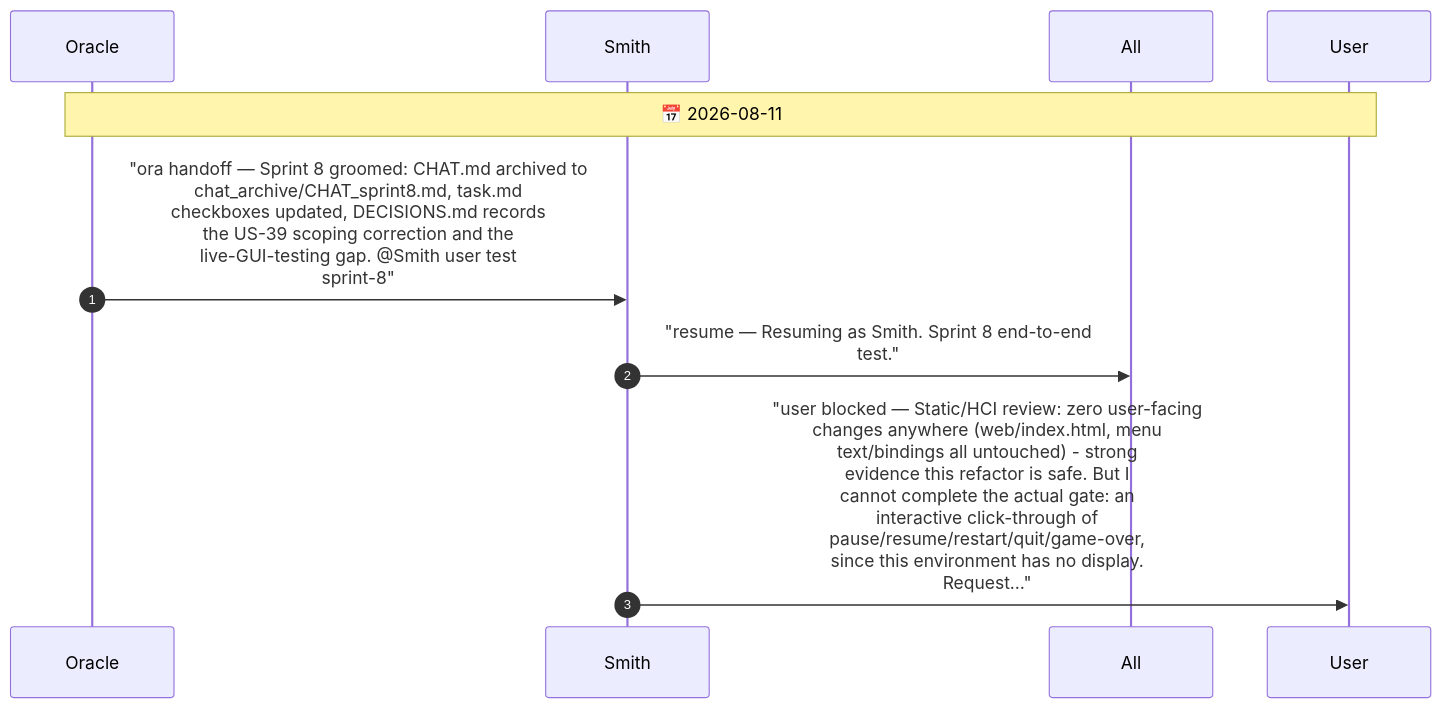
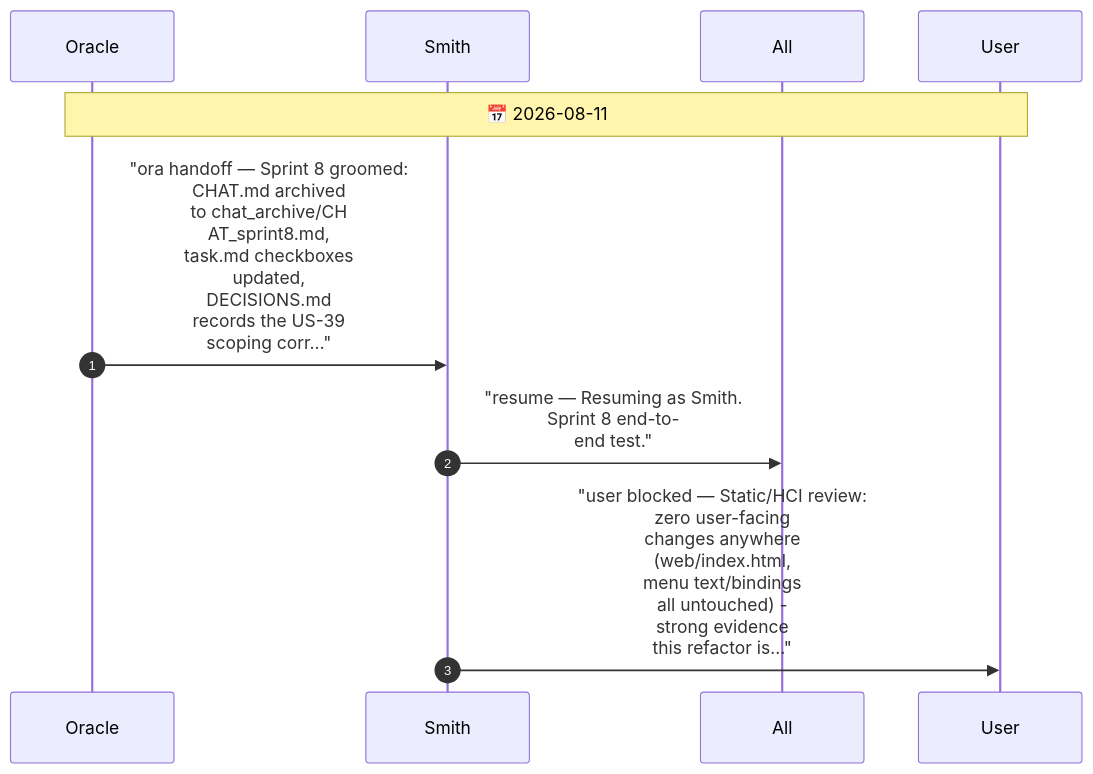
One commit to drusifer/Sirtet changed the diagram in agents/CHAT.diagram.md. Above: the diagram before and after it, drawn with Mermaid. The commit also changed 4 other files, not shown here.

First line of the commit message:
docs: regenerate diagrams with narrow-column wrapping + bigger font

````diff
--- a/agents/CHAT.diagram.md
+++ b/agents/CHAT.diagram.md
@@ -5,12 +5,13 @@
 ```mermaid
+%%{init: {"themeVariables": {"fontSize": "20px"}}}%%
 sequenceDiagram
     autonumber
     participant Oracle
     participant Smith
     participant All
     participant User
     Note over Oracle,User: 📅 2026-08-11
-    Oracle->>Smith: "ora handoff — Sprint 8 groomed: CHAT.md archived to<br/>chat_archive/CHAT_sprint8.md, task.md<br/>checkboxes updated, DECISIONS.md records<br/>the US-39 scoping correction and the<br/>live-GUI-testing gap. @Smith user test<br/>sprint-8"
-    Smith->>All: "resume — Resuming as Smith. Sprint 8 end-to-end<br/>test."
-    Smith->>User: "user blocked — Static/HCI review: zero user-facing<br/>changes anywhere (web/index.html, menu<br/>text/bindings all untouched) - strong<br/>evidence this refactor is safe. But I<br/>cannot complete the actual gate: an<br/>interactive click-through of<br/>pause/resume/restart/quit/game-over,<br/>since this environment has no display.<br/>Request…"
+    Oracle->>Smith: "ora handoff — Sprint 8 groomed:<br/>CHAT.md archived<br/>to chat_archive/CH<br/>AT_sprint8.md,<br/>task.md checkboxes<br/>updated,<br/>DECISIONS.md<br/>records the US-39<br/>scoping corr…"
+    Smith->>All: "resume — Resuming as Smith.<br/>Sprint 8 end-to-<br/>end test."
+    Smith->>User: "user blocked — Static/HCI review:<br/>zero user-facing<br/>changes anywhere<br/>(web/index.html,<br/>menu text/bindings<br/>all untouched) -<br/>strong evidence<br/>this refactor is…"
 ```
````
